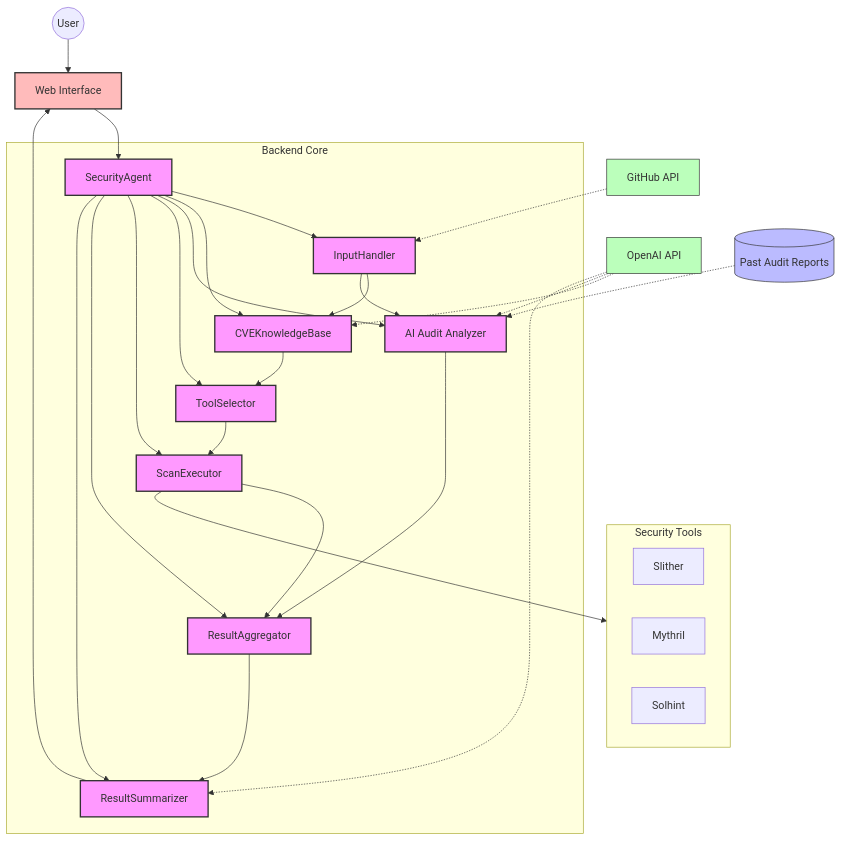
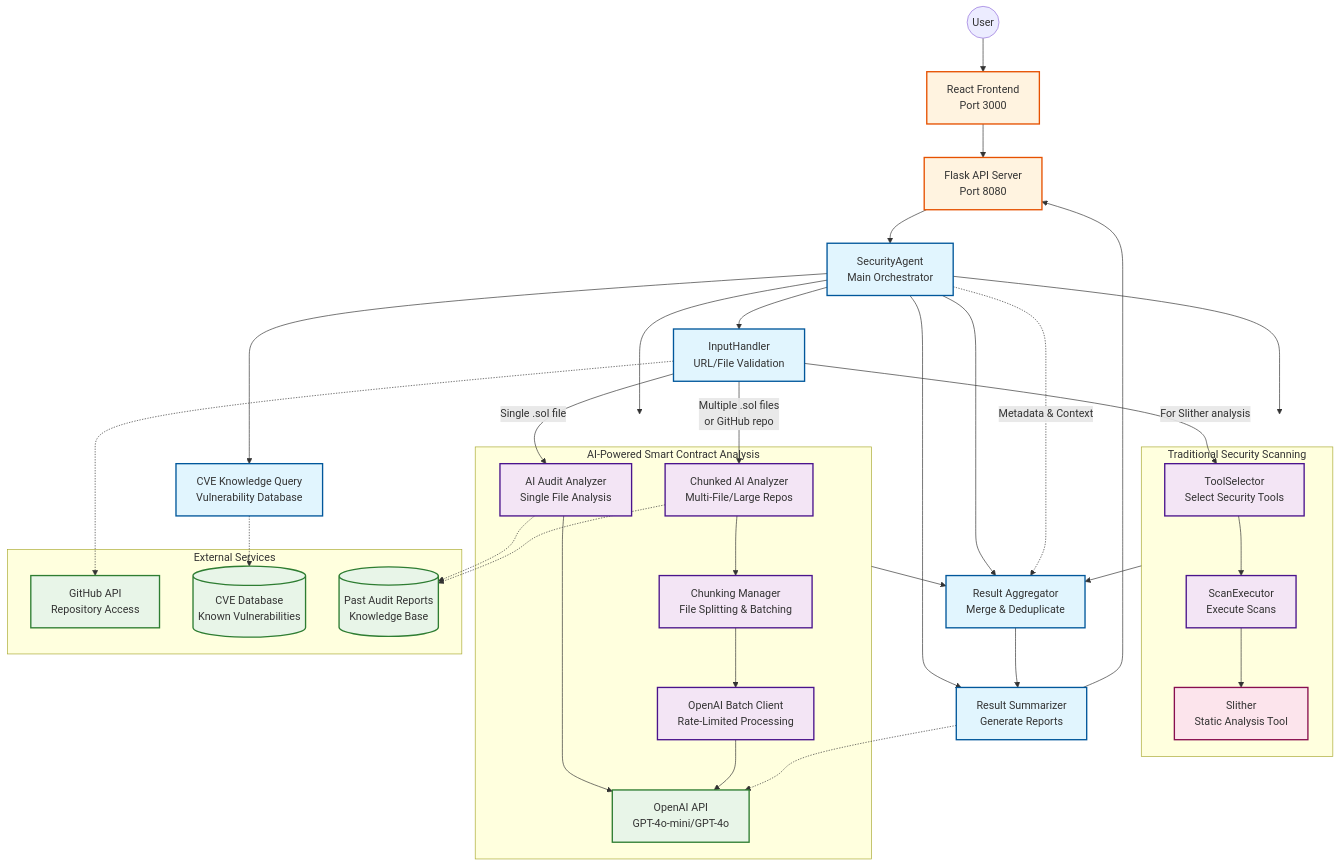
One commit to ronin207/sec-agent changed the diagram in README.md. Above: the diagram before and after it, drawn with Mermaid.

Commit message:
Update marmaid figure in README.md

````diff
--- a/README.md
+++ b/README.md
@@ -154,72 +154,84 @@
 ```mermaid
 flowchart TD
     %% Entry Points
-    User((User)) --> WebInterface[Web Interface]
+    User((User)) --> WebInterface[React Frontend<br/>Port 3000]
+    WebInterface --> FlaskAPI[Flask API Server<br/>Port 8080]
 
-    %% Main Components
-    WebInterface --> SecurityAgent
+    %% Main Security Agent Component
+    FlaskAPI --> SecurityAgent[SecurityAgent<br/>Main Orchestrator]
 
-    %% Core modules
-    subgraph BackendCore[Backend Core]
-        SecurityAgent[SecurityAgent]
-        InputHandler[InputHandler]
-        CVEKnowledgeBase[CVEKnowledgeBase]
-        AIAuditAnalyzer[AI Audit Analyzer]
-        ToolSelector[ToolSelector]
-        ScanExecutor[ScanExecutor]
-        ResultAggregator[ResultAggregator]
-        ResultSummarizer[ResultSummarizer]
+    %% Core Analysis Flow
+    SecurityAgent --> InputHandler[InputHandler<br/>URL/File Validation]
+    SecurityAgent --> CVEQuery[CVE Knowledge Query<br/>Vulnerability Database]
+    
+    %% Parallel Analysis Paths
+    SecurityAgent --> TraditionalPath[Traditional Security Tools]
+    SecurityAgent --> AIPath[AI-Powered Analysis]
+
+    %% Traditional Security Analysis
+    subgraph TraditionalPath[Traditional Security Scanning]
+        ToolSelector[ToolSelector<br/>Select Security Tools]
+        ScanExecutor[ScanExecutor<br/>Execute Scans]
+        Slither[Slither<br/>Static Analysis Tool]
+        
+        ToolSelector --> ScanExecutor
+        ScanExecutor --> Slither
     end
 
-    %% Connections between core components
-    SecurityAgent --> InputHandler
-    SecurityAgent --> CVEKnowledgeBase
-    SecurityAgent --> AIAuditAnalyzer
-    SecurityAgent --> ToolSelector
-    SecurityAgent --> ScanExecutor
-    SecurityAgent --> ResultAggregator
-    SecurityAgent --> ResultSummarizer
+    %% AI-Powered Analysis Branch
+    subgraph AIPath[AI-Powered Smart Contract Analysis]
+        AIAnalyzer[AI Audit Analyzer<br/>Single File Analysis]
+        ChunkedAnalyzer[Chunked AI Analyzer<br/>Multi-File/Large Repos]
+        ChunkingManager[Chunking Manager<br/>File Splitting & Batching]
+        BatchClient[OpenAI Batch Client<br/>Rate-Limited Processing]
+        
+        AIAnalyzer --> OpenAI
+        ChunkedAnalyzer --> ChunkingManager
+        ChunkingManager --> BatchClient
+        BatchClient --> OpenAI
+    end
 
-    %% Data flow
-    InputHandler --> CVEKnowledgeBase
-    InputHandler --> AIAuditAnalyzer
-    CVEKnowledgeBase --> ToolSelector
-    AIAuditAnalyzer --> ResultAggregator
-    ToolSelector --> ScanExecutor
-    ScanExecutor --> ResultAggregator
+    %% Input Type Decision
+    InputHandler --> |"Single .sol file"| AIAnalyzer
+    InputHandler --> |"Multiple .sol files<br/>or GitHub repo"| ChunkedAnalyzer
+    InputHandler --> |"For Slither analysis"| ToolSelector
+
+    %% Result Processing
+    SecurityAgent --> ResultAggregator[Result Aggregator<br/>Merge & Deduplicate]
+    SecurityAgent --> ResultSummarizer[Result Summarizer<br/>Generate Reports]
+    
+    TraditionalPath --> ResultAggregator
+    AIPath --> ResultAggregator
     ResultAggregator --> ResultSummarizer
+    ResultSummarizer --> FlaskAPI
 
     %% External Services
-    OpenAI[OpenAI API]
-    GitHub[GitHub API]
-    AuditReports[(Past Audit Reports)]
+    subgraph ExternalServices[External Services]
+        OpenAI[OpenAI API<br/>GPT-4o-mini/GPT-4o]
+        GitHub[GitHub API<br/>Repository Access]
+        CVEDatabase[(CVE Database<br/>Known Vulnerabilities)]
+        AuditReports[(Past Audit Reports<br/>Knowledge Base)]
+    end
     
-    OpenAI -.-> CVEKnowledgeBase
-    OpenAI -.-> AIAuditAnalyzer
-    OpenAI -.-> ResultSummarizer
-    GitHub -.-> InputHandler
-    AuditReports -.-> AIAuditAnalyzer
+    CVEQuery -.-> CVEDatabase
+    ResultSummarizer -.-> OpenAI
+    InputHandler -.-> GitHub
+    AIAnalyzer -.-> AuditReports
+    ChunkedAnalyzer -.-> AuditReports
 
-    %% Security Tools
-    subgraph SecurityTools[Security Tools]
-        Slither[Slither]
-        Mythril[Mythril]
-        Solhint[Solhint]
-    end
-
-    ScanExecutor --> SecurityTools
-
-    %% Result flow
-    ResultSummarizer --> WebInterface
+    %% Data Flow Types
+    SecurityAgent -.-> |"Metadata & Context"| ResultAggregator
 
     %% Styling
-    classDef core fill:#f9f,stroke:#333,stroke-width:2px;
-    classDef external fill:#bfb,stroke:#333,stroke-width:1px;
-    classDef entry fill:#fbb,stroke:#333,stroke-width:2px;
-    classDef data fill:#bbf,stroke:#333,stroke-width:1px;
+    classDef core fill:#e1f5fe,stroke:#01579b,stroke-width:2px;
+    classDef analysis fill:#f3e5f5,stroke:#4a148c,stroke-width:2px;
+    classDef external fill:#e8f5e8,stroke:#2e7d32,stroke-width:2px;
+    classDef interface fill:#fff3e0,stroke:#e65100,stroke-width:2px;
+    classDef processing fill:#fce4ec,stroke:#880e4f,stroke-width:2px;
 
-    class SecurityAgent,InputHandler,CVEKnowledgeBase,AIAuditAnalyzer,ToolSelector,ScanExecutor,ResultAggregator,ResultSummarizer core;
-    class OpenAI,GitHub external;
-    class WebInterface entry;
-    class AuditReports data;
+    class SecurityAgent,InputHandler,CVEQuery,ResultAggregator,ResultSummarizer core;
+    class AIAnalyzer,ChunkedAnalyzer,ChunkingManager,BatchClient,ToolSelector,ScanExecutor analysis;
+    class OpenAI,GitHub,CVEDatabase,AuditReports external;
+    class WebInterface,FlaskAPI interface;
+    class Slither processing;
 ```
````
